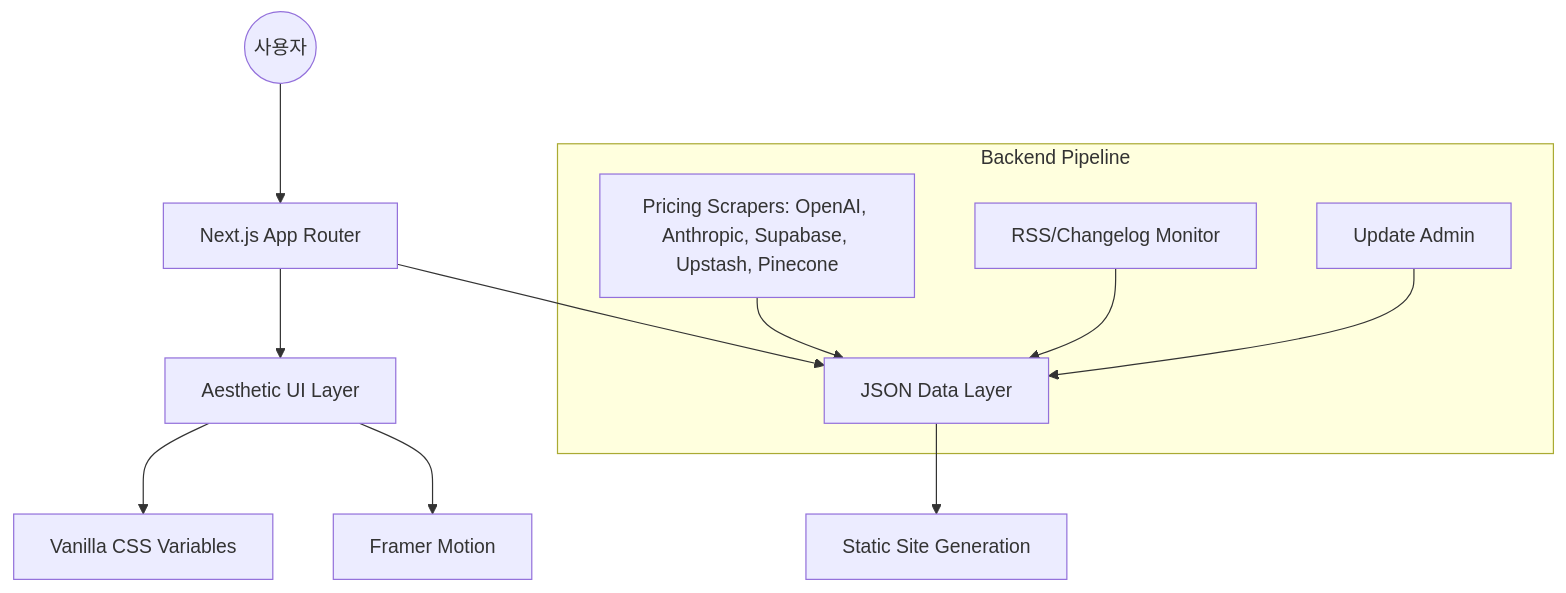
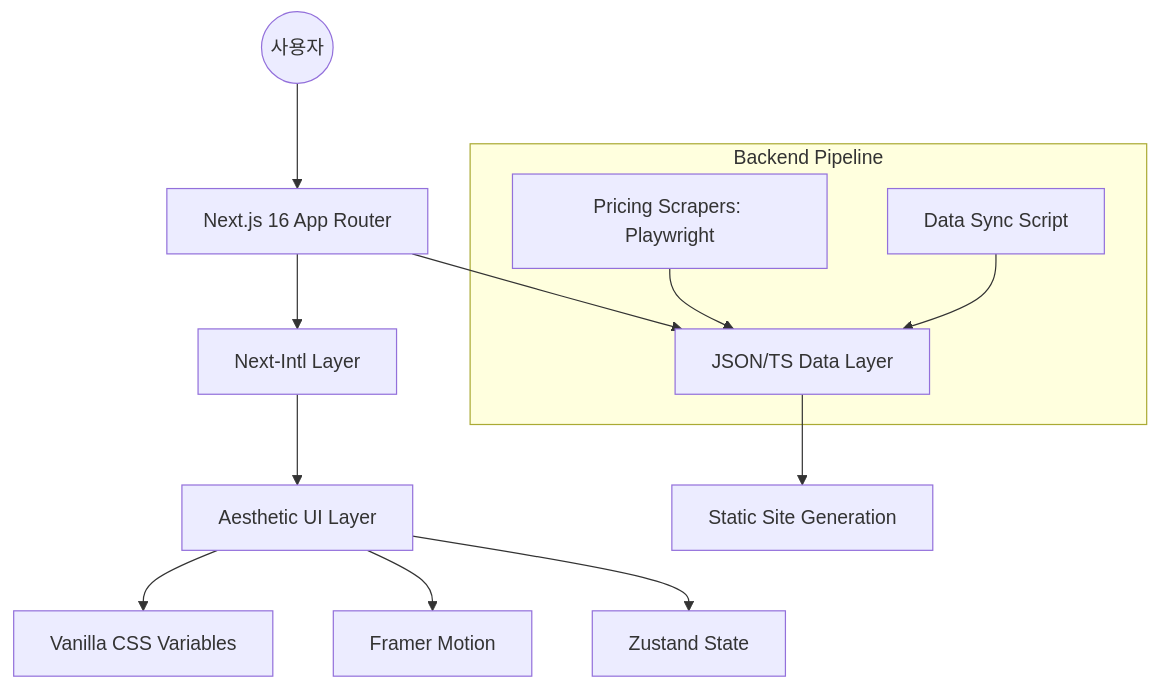
The diagram in .gravityBrain/SYSTEM_MAP.md (ff8scall/stack), drawn with Mermaid before and after one commit. The commit also changed other lines of this file and 19 other files, not shown here.

````diff
--- a/.gravityBrain/SYSTEM_MAP.md
+++ b/.gravityBrain/SYSTEM_MAP.md
@@ -4,16 +4,17 @@
 ```mermaid
 graph TD
-    User((사용자)) --> NextJS[Next.js App Router]
-    NextJS --> UI[Aesthetic UI Layer]
-    NextJS --> Data[JSON Data Layer]
+    User((사용자)) --> NextJS[Next.js 16 App Router]
+    NextJS --> I18N[Next-Intl Layer]
+    I18N --> UI[Aesthetic UI Layer]
+    NextJS --> Data[JSON/TS Data Layer]
     
     subgraph "Backend Pipeline"
-        Scraper[Pricing Scrapers: OpenAI, Anthropic, Supabase, Upstash, Pinecone] --> Data
-        RSS[RSS/Changelog Monitor] --> Data
-        Admin[Update Admin] --> Data
+        Scraper[Pricing Scrapers: Playwright] --> Data
+        Sync[Data Sync Script] --> Data
     end
 
     UI --> CSS[Vanilla CSS Variables]
     UI --> Motion[Framer Motion]
+    UI --> Store[Zustand State]
     Data --> SSG[Static Site Generation]
 ```
````
